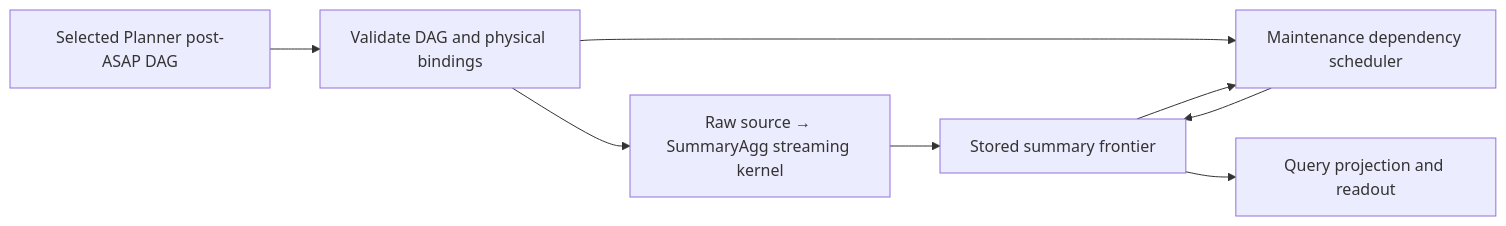
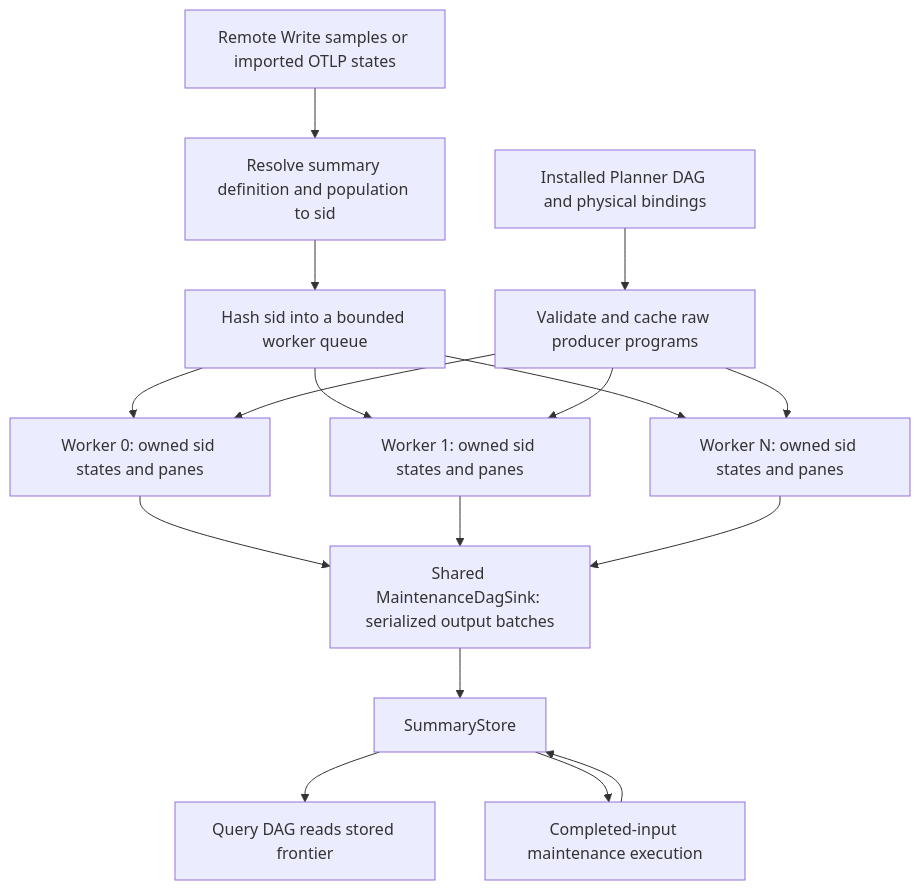
One commit to ProjectASAP/ASAPQuery-backend changed the diagram in docs/design_docs/precompute-dag-execution.md. Above: the diagram before and after it, drawn with Mermaid. The commit also changed other lines of this file, not shown here.

Commit message:
docs: explain precompute DAG scheduling and parallelism boundaries

````diff
--- a/docs/design_docs/precompute-dag-execution.md
+++ b/docs/design_docs/precompute-dag-execution.md
@@ -7,10 +26,19 @@
 ```mermaid
-flowchart LR
-  P[Selected Planner post-ASAP DAG] --> I[Validate DAG and physical bindings]
-  I --> R[Raw source → SummaryAgg streaming kernel]
-  I --> M[Maintenance dependency scheduler]
-  R --> S[Stored summary frontier]
-  S --> M
-  S --> Q[Query projection and readout]
-  M --> S
+flowchart TD
+  P[Installed Planner DAG and physical bindings] --> V[Validate and cache raw producer programs]
+  I[Remote Write samples or imported OTLP states] --> R[Resolve summary definition and population to sid]
+  R --> H[Hash sid into a bounded worker queue]
+  H --> W0[Worker 0: owned sid states and panes]
+  H --> W1[Worker 1: owned sid states and panes]
+  H --> WN[Worker N: owned sid states and panes]
+  V --> W0
+  V --> W1
+  V --> WN
+  W0 --> S[Shared MaintenanceDagSink: serialized output batches]
+  W1 --> S
+  WN --> S
+  S --> D[SummaryStore]
+  D --> Q[Query DAG reads stored frontier]
+  D --> M[Completed-input maintenance execution]
+  M --> D
 ```
````
